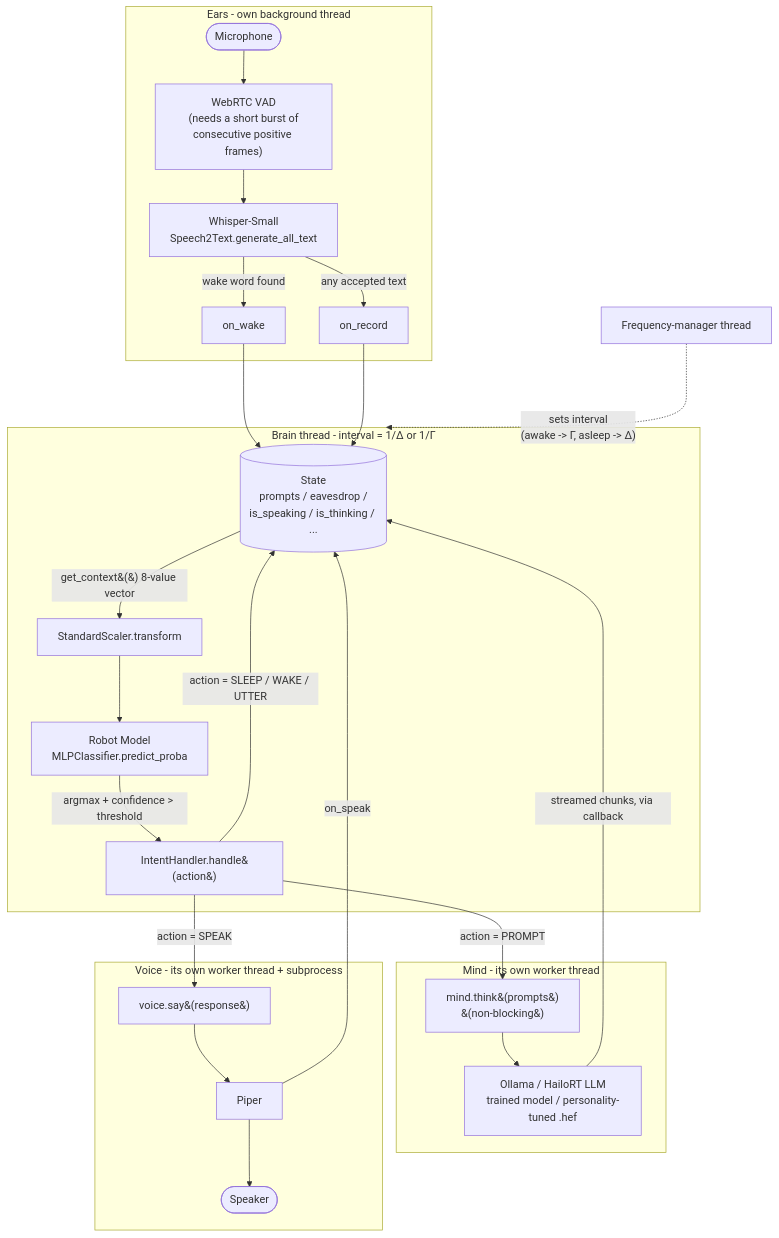
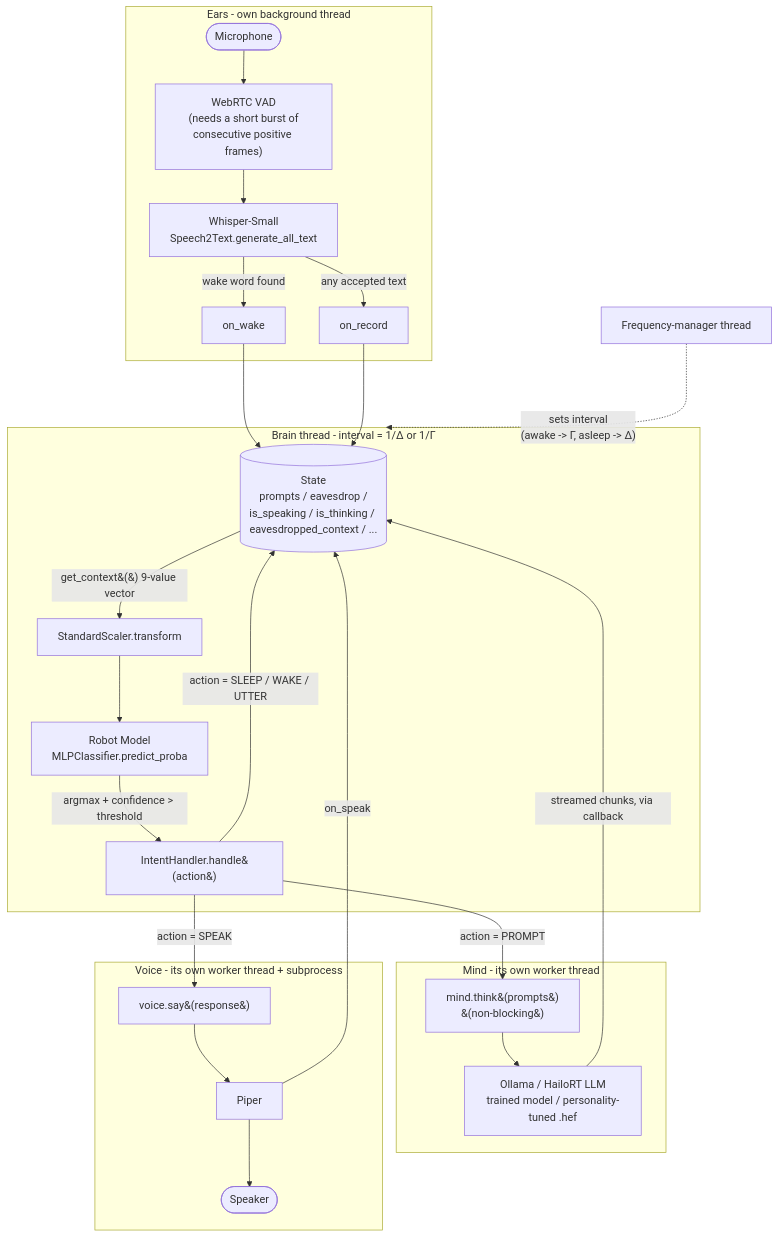
Before and after one commit to Bielousov/robot: the second of 2 diagrams in src/models/README.md, drawn with Mermaid. The commit also changed other lines of this file and 3 other files, not shown here.

Commit message:
Account for eavesdrop context length for utterance prompts

````diff
--- a/src/models/README.md
+++ b/src/models/README.md
@@ -39,35 +39,35 @@
 ```mermaid
 flowchart TB
     subgraph Ears["Ears - own background thread"]
         MIC(["Microphone"]) --> GATE["WebRTC VAD\n(needs a short burst of\nconsecutive positive frames)"]
         GATE --> S2T["Whisper-Small\nSpeech2Text.generate_all_text"]
         S2T -->|wake word found| ON_WAKE["on_wake"]
         S2T -->|any accepted text| ON_RECORD["on_record"]
     end
 
     ON_WAKE --> STATE
-    ON_RECORD --> STATE[("State\nprompts / eavesdrop /\nis_speaking / is_thinking / ...")]
+    ON_RECORD --> STATE[("State\nprompts / eavesdrop /\nis_speaking / is_thinking / eavesdropped_context / ...")]
 
     subgraph Brain["Brain thread - interval = 1/&Delta; or 1/&Gamma;"]
-        STATE -->|get_context&#40;&#41; 8-value vector| SCALE["StandardScaler.transform"]
+        STATE -->|get_context&#40;&#41; 9-value vector| SCALE["StandardScaler.transform"]
         SCALE --> MLP["Robot Model\nMLPClassifier.predict_proba"]
         MLP -->|argmax + confidence &gt; threshold| INTENT["IntentHandler.handle&#40;action&#41;"]
     end
 
     FREQ["Frequency-manager thread"] -. "sets interval\n(awake -> &Gamma;, asleep -> &Delta;)" .-> Brain
 
     INTENT -->|action = PROMPT| MIND_CALL["mind.think&#40;prompts&#41;\n&#40;non-blocking&#41;"]
     INTENT -->|action = SPEAK| VOICE_CALL["voice.say&#40;response&#41;"]
     INTENT -->|action = SLEEP / WAKE / UTTER| STATE
 
     subgraph Mind["Mind - its own worker thread"]
         MIND_CALL --> LLM["Ollama / HailoRT LLM\ntrained model / personality-tuned .hef"]
         LLM -->|streamed chunks, via callback| STATE
     end
 
     subgraph Voice["Voice - its own worker thread + subprocess"]
         VOICE_CALL --> TTS["Piper"]
         TTS --> SPEAKER(["Speaker"])
         TTS -->|on_speak| STATE
     end
 ```
````
